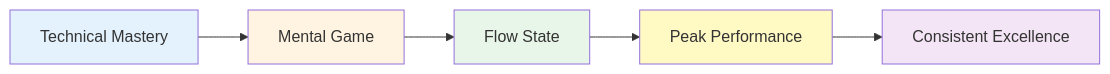
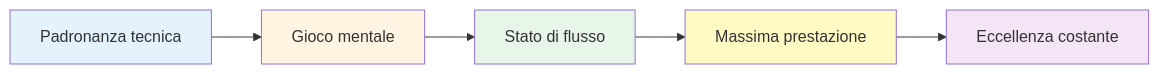
One commit to patwii/petanque-academy changed the second of 2 diagrams in docs/it/news/index.md. Above: the diagram before and after it, drawn with Mermaid. The commit also changed other lines of this file and 532 other files, not shown here.

````diff
--- a/docs/it/news/index.md
+++ b/docs/it/news/index.md
@@ -82,13 +104,13 @@
 ```mermaid
 graph LR
-    A[Technical Mastery] --> B[Mental Game]
-    B --> C[Flow State]
-    C --> D[Peak Performance]
-    D --> E[Consistent Excellence]
+    A[Padronanza tecnica] --> B[Gioco mentale]
+    B --> C[Stato di flusso]
+    C --> D[Massima prestazione]
+    D --> E[Eccellenza costante]
 
     style A fill:#e3f2fd
     style B fill:#fff4e1
     style C fill:#e8f5e9
     style D fill:#fff9c4
     style E fill:#f3e5f5
 ```
````
